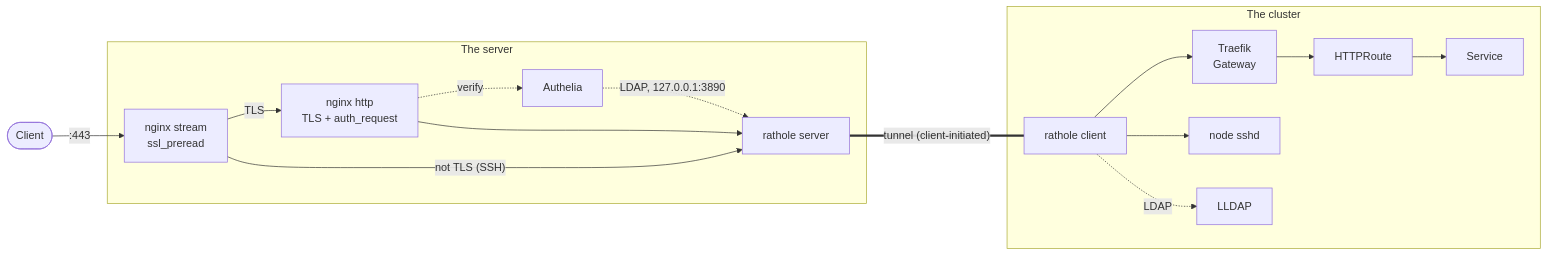
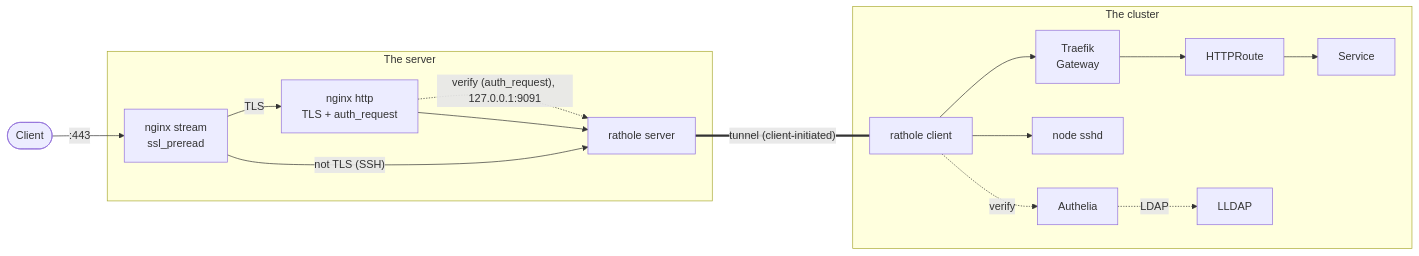
One commit to rafi/machines changed the second of 5 diagrams in docs/architecture.md. Above: the diagram before and after it, drawn with Mermaid. The commit also changed other lines of this file and 23 other files, not shown here.

````diff
--- a/docs/architecture.md
+++ b/docs/architecture.md
@@ -41,17 +41,16 @@
 ```mermaid
 flowchart LR
   user(["Client"]) -- ":443" --> stream
   subgraph vps["The server"]
     stream["nginx stream<br/>ssl_preread"] -- "TLS" --> http["nginx http<br/>TLS + auth_request"]
-    http -. "verify" .-> authelia["Authelia"]
-    authelia -. "LDAP, 127.0.0.1:3890" .-> rs
+    http -. "verify (auth_request), 127.0.0.1:9091" .-> rs
     http --> rs["rathole server"]
     stream -- "not TLS (SSH)" --> rs
   end
   subgraph home["The cluster"]
     rc["rathole client"] --> gw["Traefik<br/>Gateway"] --> route["HTTPRoute"] --> svc["Service"]
     rc --> sshd["node sshd"]
-    rc -. "LDAP" .-> lldap["LLDAP"]
+    rc -. "verify" .-> authelia["Authelia"] -. "LDAP" .-> lldap["LLDAP"]
   end
   rs == "tunnel (client-initiated)" === rc
 ```
````
